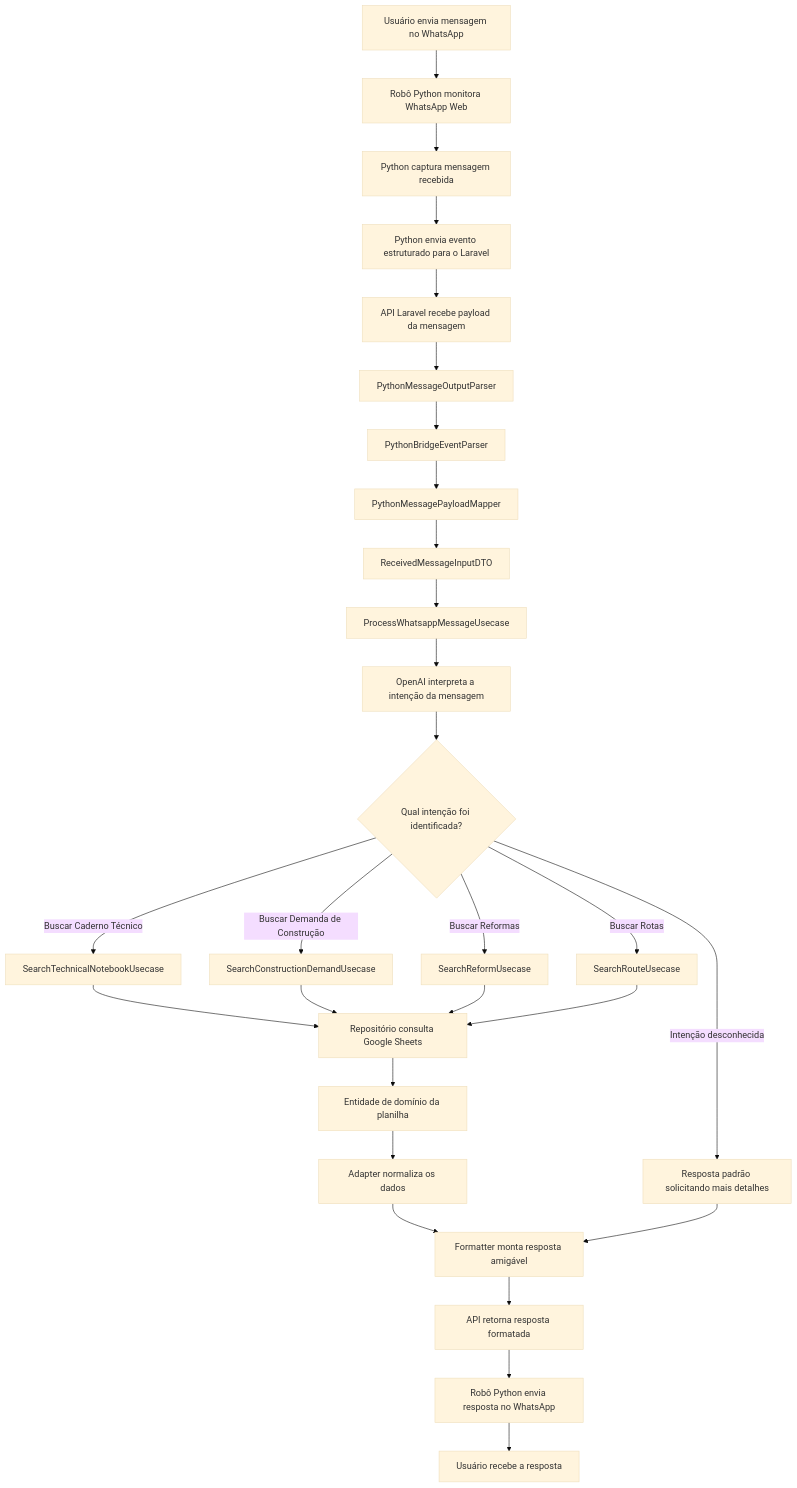
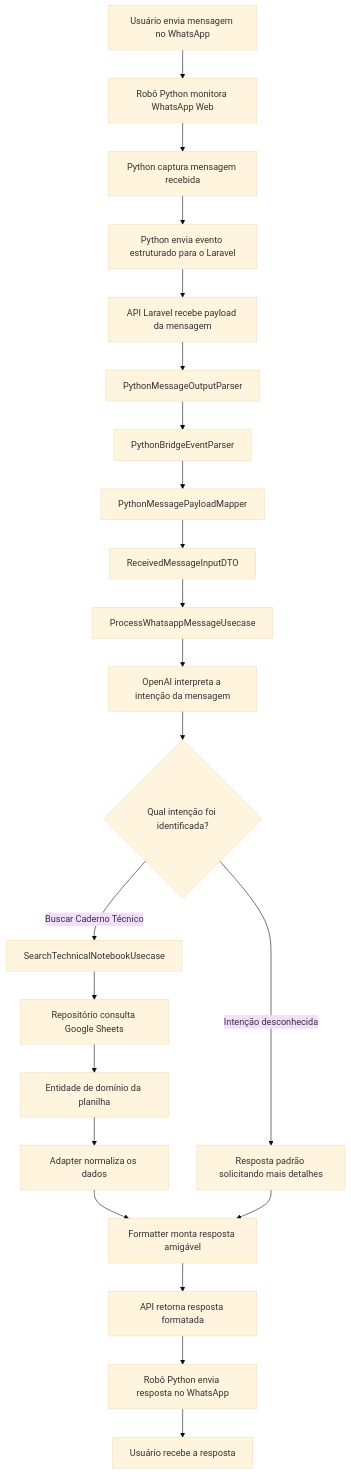
One commit to thiago-rosario/assistente-cotec-api changed the diagram in README.md. Above: the diagram before and after it, drawn with Mermaid (base theme). The commit also changed other lines of this file, not shown here.

````diff
--- a/README.md
+++ b/README.md
@@ -45,42 +45,36 @@
 ```mermaid
 flowchart TD
     A[Usuário envia mensagem no WhatsApp] --> B[Robô Python monitora WhatsApp Web]
 
     B --> C[Python captura mensagem recebida]
     C --> D[Python envia evento estruturado para o Laravel]
 
     D --> E[API Laravel recebe payload da mensagem]
 
     E --> F[PythonMessageOutputParser]
     F --> G[PythonBridgeEventParser]
     G --> H[PythonMessagePayloadMapper]
 
     H --> I[ReceivedMessageInputDTO]
 
     I --> J[ProcessWhatsappMessageUsecase]
 
     J --> K[OpenAI interpreta a intenção da mensagem]
 
     K --> L{Qual intenção foi identificada?}
 
     L -->|Buscar Caderno Técnico| M[SearchTechnicalNotebookUsecase]
-    L -->|Buscar Demanda de Construção| N[SearchConstructionDemandUsecase]
-    L -->|Buscar Reformas| O[SearchReformUsecase]
-    L -->|Buscar Rotas| P[SearchRouteUsecase]
     L -->|Intenção desconhecida| Q[Resposta padrão solicitando mais detalhes]
 
     M --> R[Repositório consulta Google Sheets]
-    N --> R
-    O --> R
-    P --> R
 
     R --> S[Entidade de domínio da planilha]
     S --> T[Adapter normaliza os dados]
     T --> U[Formatter monta resposta amigável]
 
     Q --> U
 
     U --> V[API retorna resposta formatada]
     V --> W[Robô Python envia resposta no WhatsApp]
     W --> X[Usuário recebe a resposta]
 ```
````
